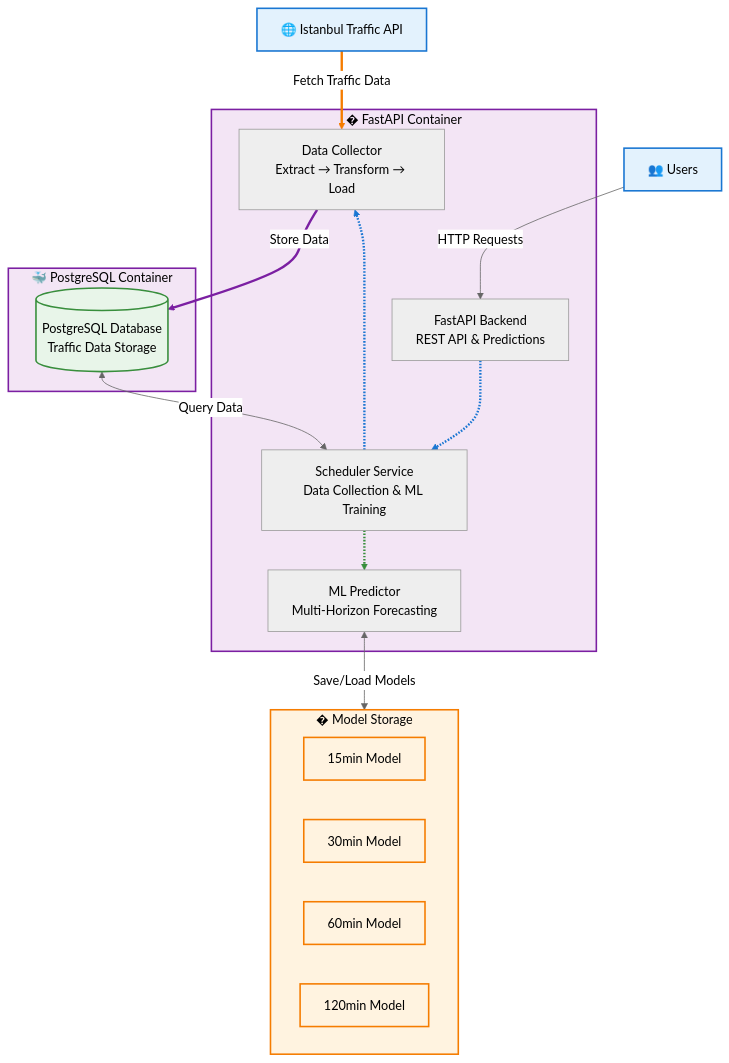
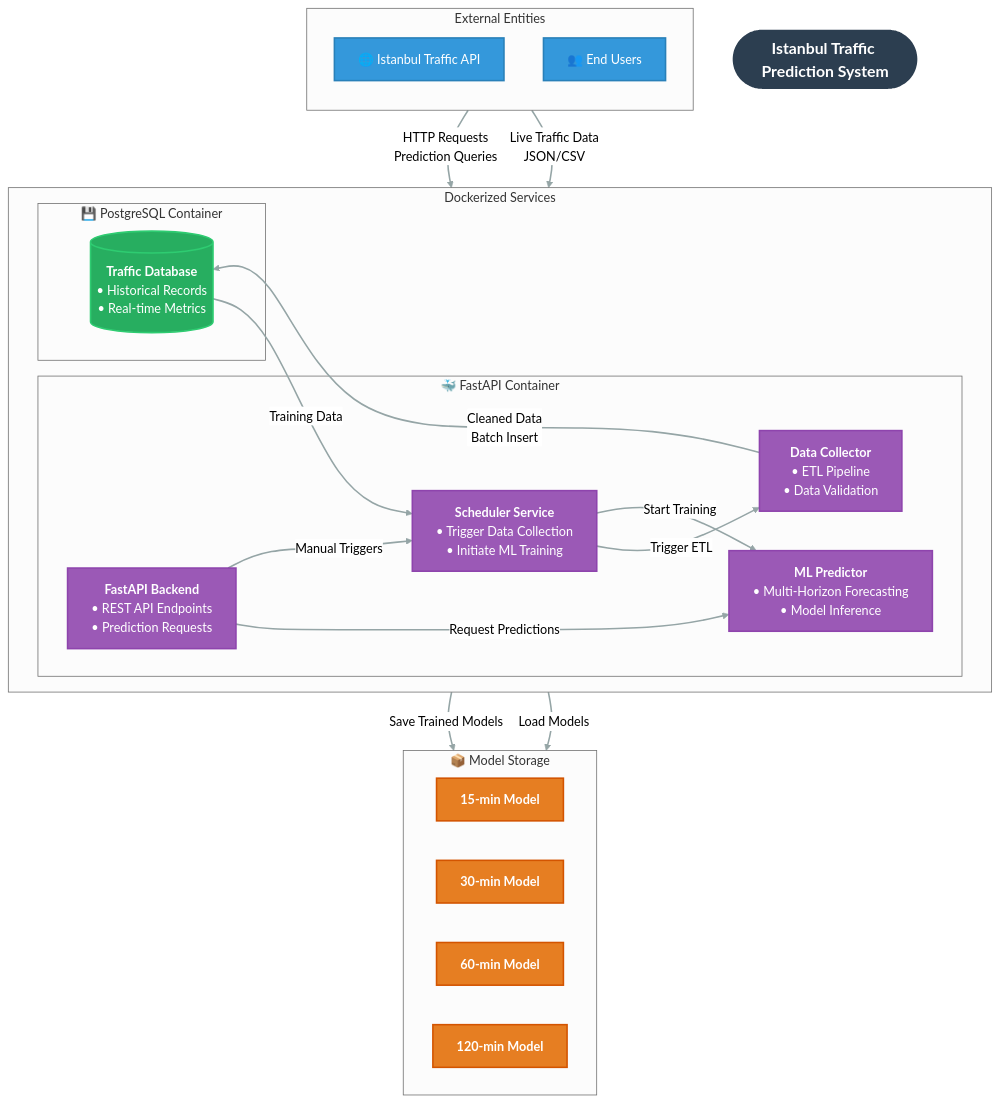
One commit to utkuyucel/ibb-traffic-prediction changed the diagram in README.md. Above: the diagram before and after it, drawn with Mermaid (neutral theme).

Commit message:
docs: enhance README.md with improved architecture diagram and clearer entity definitions

````diff
--- a/README.md
+++ b/README.md
@@ -7,55 +7,56 @@
 ```mermaid
 flowchart TD
-    %% External Data Source
-    EXT[🌐 Istanbul Traffic API]
-    USER[👥 Users]
+    %% ===== TITLE =====
+    TITLE([Istanbul Traffic Prediction System]):::title
     
-    %% Docker Containers
-    subgraph DOCKER1[� FastAPI Container]
-        API[FastAPI Backend<br/>REST API & Predictions]
-        SCHEDULER[Scheduler Service<br/>Data Collection & ML Training]
-        COLLECTOR[Data Collector<br/>Extract → Transform → Load]
-        ML[ML Predictor<br/>Multi-Horizon Forecasting]
+    %% ===== EXTERNAL ENTITIES =====
+    subgraph EXTERNAL[External Entities]
+        direction TB
+        EXT[🌐 Istanbul Traffic API]:::external
+        USER[👥 End Users]:::external
+    end
+
+    %% ===== CORE SYSTEM =====
+    subgraph DOCKER[ Dockerized Services ]
+        direction LR
         
-        SCHEDULER -.-> COLLECTOR
-        SCHEDULER -.-> ML
-        API -.-> SCHEDULER
+        subgraph DOCKER1[🐳 FastAPI Container]
+            API[<b>FastAPI Backend</b><br/>• REST API Endpoints<br/>• Prediction Requests]:::container
+            SCHEDULER[<b>Scheduler Service</b><br/>• Trigger Data Collection<br/>• Initiate ML Training]:::container
+            COLLECTOR[<b>Data Collector</b><br/>• ETL Pipeline<br/>• Data Validation]:::container
+            ML[<b>ML Predictor</b><br/>• Multi-Horizon Forecasting<br/>• Model Inference]:::container
+        end
+
+        subgraph DOCKER2[💾 PostgreSQL Container]
+            DB[(<b>Traffic Database</b><br/>• Historical Records<br/>• Real-time Metrics)]:::database
+        end
     end
-    
-    subgraph DOCKER2[🐳 PostgreSQL Container]
-        DB[(PostgreSQL Database<br/>Traffic Data Storage)]
+
+    %% ===== MODEL STORAGE =====
+    subgraph MODELS[📦 Model Storage]
+        M15[<b>15-min Model</b>]:::model
+        M30[<b>30-min Model</b>]:::model
+        M60[<b>60-min Model</b>]:::model
+        M120[<b>120-min Model</b>]:::model
     end
-    
-    %% ML Models (Persisted)
-    subgraph MODELS[� Model Storage]
-        M15[15min Model]
-        M30[30min Model]
-        M60[60min Model]
-        M120[120min Model]
-    end
-    
-    %% Data Flow
-    EXT -->|Fetch Traffic Data| COLLECTOR
-    COLLECTOR -->|Store Data| DB
-    DB <-->|Query Data| SCHEDULER
-    ML <-->|Save/Load Models| MODELS
-    USER -->|HTTP Requests| API
-    
-    %% Styling
-    classDef external fill:#e3f2fd,stroke:#1976d2,stroke-width:2px,color:#000;
-    classDef container fill:#f3e5f5,stroke:#7b1fa2,stroke-width:2px,color:#000;
-    classDef storage fill:#e8f5e9,stroke:#388e3c,stroke-width:2px,color:#000;
-    classDef models fill:#fff3e0,stroke:#f57c00,stroke-width:2px,color:#000;
-    
-    %% Arrow styling
-    linkStyle 0 stroke:#1976d2,stroke-width:3px,color:#000
-    linkStyle 1 stroke:#388e3c,stroke-width:3px,color:#000
-    linkStyle 2 stroke:#1976d2,stroke-width:3px,color:#000
-    linkStyle 3 stroke:#f57c00,stroke-width:3px,color:#000
-    linkStyle 4 stroke:#7b1fa2,stroke-width:3px,color:#000
-    
-    class EXT,USER external;
-    class DOCKER1,DOCKER2 container;
-    class DB storage;
-    class MODELS,M15,M30,M60,M120 models;
+
+    %% ===== DATA FLOW =====
+    USER -->|HTTP Requests<br/>Prediction Queries| API
+    EXT -->|Live Traffic Data<br/>JSON/CSV| COLLECTOR
+    COLLECTOR -->|Cleaned Data<br/>Batch Insert| DB
+    DB -->|Training Data| SCHEDULER
+    SCHEDULER -->|Trigger ETL| COLLECTOR
+    SCHEDULER -->|Start Training| ML
+    ML -->|Save Trained Models| MODELS
+    ML -->|Load Models| MODELS
+    API -->|Request Predictions| ML
+    API -->|Manual Triggers| SCHEDULER
+
+    %% ===== STYLING =====
+    classDef title fill:#2c3e50,stroke:none,color:white,font-size:20px,font-weight:bold
+    classDef external fill:#3498db,stroke:#2980b9,color:white,stroke-width:2px
+    classDef container fill:#9b59b6,stroke:#8e44ad,color:white,stroke-width:2px
+    classDef database fill:#27ae60,stroke:#2ecc71,color:white,stroke-width:2px
+    classDef model fill:#e67e22,stroke:#d35400,color:white,stroke-width:2px
+    linkStyle default stroke:#95a5a6,stroke-width:2px
 ```
````
